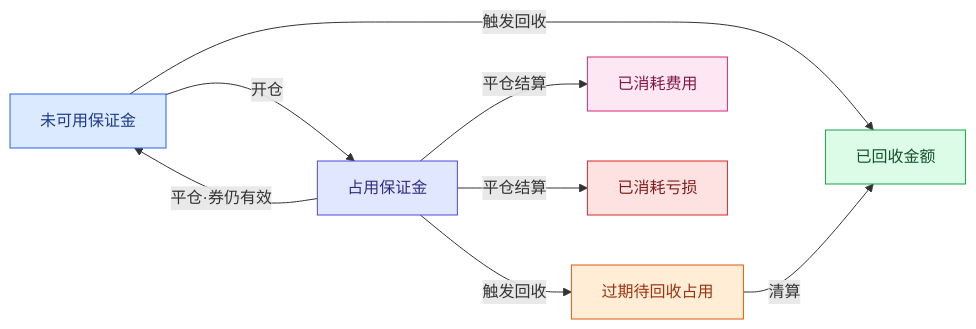
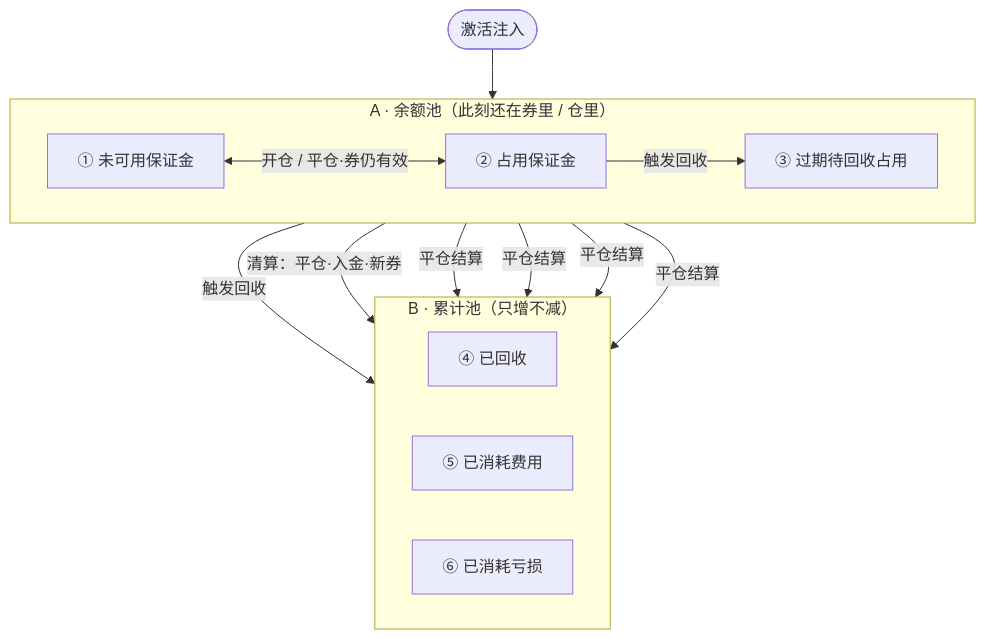
One commit to DashuaibiZZY/prototype changed the second of 4 diagrams in document/web&后台/体验金回收机制改版方案.md. Above: the diagram before and after it, drawn with Mermaid. The commit also changed other lines of this file and 5 other files, not shown here.

````diff
--- a/document/web&后台/体验金回收机制改版方案.md
+++ b/document/web&后台/体验金回收机制改版方案.md
@@ -135,28 +106,24 @@
 ```mermaid
-flowchart LR
-    D1["未可用保证金"]
-    D2["占用保证金"]
-    D3["过期待回收占用"]
-    D4["已回收金额"]
-    D5["已消耗费用"]
-    D6["已消耗亏损"]
-    D1 -->|开仓| D2
-    D2 -->|平仓·券仍有效| D1
+flowchart TB
+    subgraph 余额池["A · 余额池（此刻还在券里 / 仓里）"]
+        direction LR
+        D1["① 未可用保证金"]
+        D2["② 占用保证金"]
+        D3["③ 过期待回收占用"]
+    end
+    subgraph 累计池["B · 累计池（只增不减）"]
+        direction LR
+        D4["④ 已回收"]
+        D5["⑤ 已消耗费用"]
+        D6["⑥ 已消耗亏损"]
+    end
+    IN(["激活注入"]) --> D1
+    D1 <-->|开仓 / 平仓·券仍有效| D2
+    D1 -->|触发回收| D4
     D2 -->|触发回收| D3
-    D1 -->|触发回收| D4
-    D3 -->|清算| D4
+    D3 -->|清算：平仓·入金·新券| D4
+    D1 -->|平仓结算| D5
+    D1 -->|平仓结算| D6
     D2 -->|平仓结算| D5
     D2 -->|平仓结算| D6
-    classDef dAvail fill:#dbeafe,stroke:#2563eb,color:#1e3a8a
-    classDef dOcc fill:#e0e7ff,stroke:#4f46e5,color:#312e81
-    classDef dPending fill:#ffedd5,stroke:#ea580c,color:#9a3412
-    classDef dReclaimed fill:#dcfce7,stroke:#16a34a,color:#14532d
-    classDef dFee fill:#fce7f3,stroke:#db2777,color:#831843
-    classDef dLoss fill:#fee2e2,stroke:#dc2626,color:#7f1d1d
-    class D1 dAvail
-    class D2 dOcc
-    class D3 dPending
-    class D4 dReclaimed
-    class D5 dFee
-    class D6 dLoss
 ```
````
